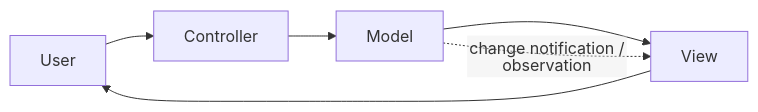
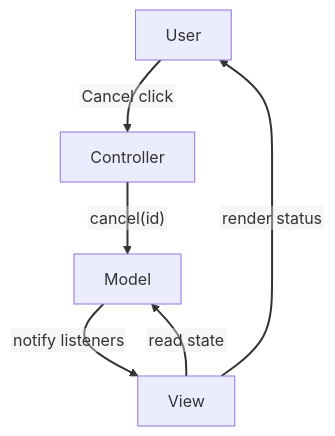
Before and after one commit to AndresTaoFlorez/software-architecture: the first of 4 diagrams in architecture/patterns/presentation/model-view-controller/README.md, drawn with Mermaid. The commit also changed other lines of this file, not shown here.

Commit message:
docs: correct MVC interaction and dependency diagrams

````diff
--- a/architecture/patterns/presentation/model-view-controller/README.md
+++ b/architecture/patterns/presentation/model-view-controller/README.md
@@ -54,9 +54,10 @@
 ```mermaid
 %%{init: {"htmlLabels": false, "flowchart": {"htmlLabels": false, "nodeSpacing": 28, "rankSpacing": 48, "diagramPadding": 20, "wrappingWidth": 280}, "sequence": {"wrap": true, "diagramMarginX": 20, "diagramMarginY": 20}}}%%
-flowchart LR
-    USER["User"] --> CONTROLLER["Controller"]
-    CONTROLLER --> MODEL["Model"]
-    MODEL --> VIEW["View"]
-    VIEW --> USER
-    MODEL -. "change notification / observation" .-> VIEW
+flowchart TB
+    USER["User"] -->|"Cancel click"| CONTROLLER["Controller"]
+    CONTROLLER -->|"cancel(id)"| MODEL["Model"]
+    MODEL -->|"notify listeners"| VIEW["View"]
+    VIEW -->|"read state"| MODEL
+    VIEW -->|"render status"| USER
+    linkStyle 0,1,2,3,4 stroke-width:2px
 ```
````
